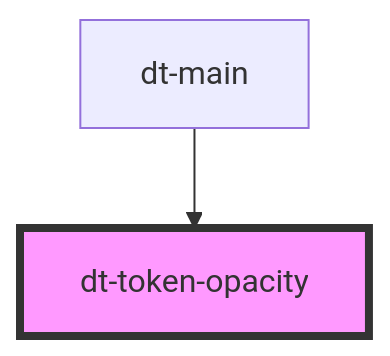
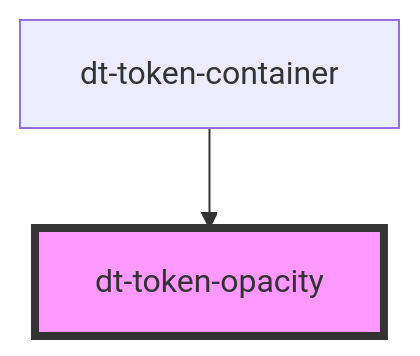
The diagram in src/components/token-opacity/readme.md (genexuslabs/design-tokens-editor), drawn with Mermaid before and after one commit. The commit also changed other lines of this file and 33 other files, not shown here.

Commit message:
finish token-container code

````diff
--- a/src/components/token-opacity/readme.md
+++ b/src/components/token-opacity/readme.md
@@ -22,5 +22,5 @@
 ```mermaid
 graph TD;
-  dt-main --> dt-token-opacity
+  dt-token-container --> dt-token-opacity
   style dt-token-opacity fill:#f9f,stroke:#333,stroke-width:4px
 ```
````
